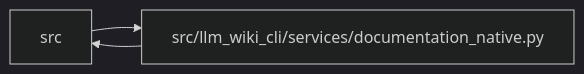
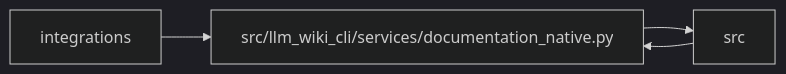
One commit to Denissvgn/python-wiki-llm changed the diagram in docs/llm_wiki/modules/documentation_native.md. Above: the diagram before and after it, drawn with Mermaid (dark theme). The commit also changed other lines of this file and 369 other files, not shown here.

````diff
--- a/docs/llm_wiki/modules/documentation_native.md
+++ b/docs/llm_wiki/modules/documentation_native.md
@@ -63,8 +63,10 @@
 ```mermaid
 flowchart LR
-    n0["src"]
-    n1["src/llm_wiki_cli/services/documentation_native.py"]
-    n0 --> n1
-    n1 --> n0
-    click n1 "../modules/documentation_native.md"
+    n0["integrations"]
+    n1["src"]
+    n2["src/llm_wiki_cli/services/documentation_native.py"]
+    n0 --> n2
+    n1 --> n2
+    n2 --> n1
+    click n2 "../modules/documentation_native.md"
 ```
````
